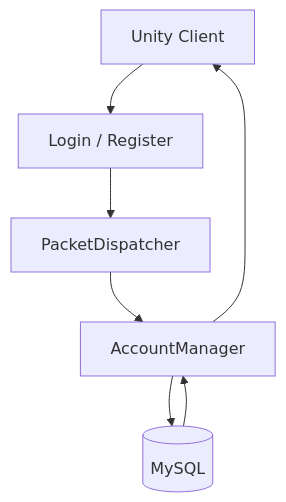
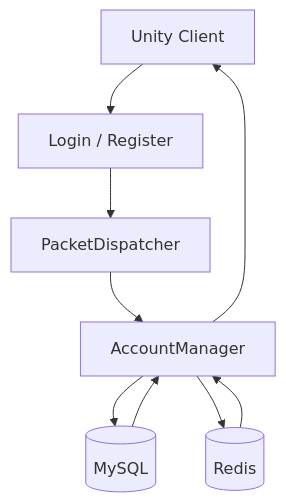
Before and after one commit to seeyou2552/Chess_Tower_Defense_Multi-Server-: the second of 5 diagrams in README.md, drawn with Mermaid. The commit also changed other lines of this file, not shown here.

First line of the commit message:
Include Redis in README architecture and flow

````diff
--- a/README.md
+++ b/README.md
@@ -419,16 +419,19 @@
 ```mermaid
 graph TD
     Client[Unity Client]
 
     Login[Login / Register]
     Dispatcher[PacketDispatcher]
     Account[AccountManager]
     DB[(MySQL)]
+    Redis[(Redis)]
 
     Client --> Login
     Login --> Dispatcher
     Dispatcher --> Account
     Account --> DB
     DB --> Account
+    Account --> Redis
+    Redis --> Account
     Account --> Client
 ```
````
